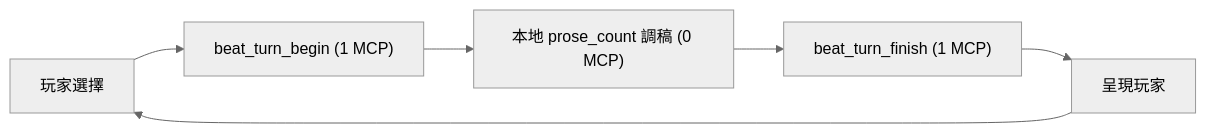
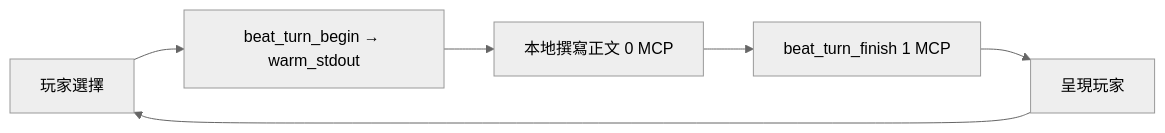
The diagram in application-notes/novel-shenjia-initial-state.md (chouswei/MemNet), drawn with Mermaid (neutral theme) before and after one commit. The commit also changed other lines of this file and 27 other files, not shown here.

First line of the commit message:
feat(novel-mcp): enforce LAW-PIPE20 four-stage beat pipeline (0.2.19)

````diff
--- a/application-notes/novel-shenjia-initial-state.md
+++ b/application-notes/novel-shenjia-initial-state.md
@@ -271,8 +614,8 @@
 ```mermaid
 flowchart LR
-  A[玩家選擇] --> B["beat_turn_begin (1 MCP)"]
-  B --> C["本地 prose_count 調稿 (0 MCP)"]
-  C --> D["beat_turn_finish (1 MCP)"]
+  A[玩家選擇] --> B["beat_turn_begin → warm_stdout"]
+  B --> C["本地撰寫正文 0 MCP"]
+  C --> D["beat_turn_finish 1 MCP"]
   D --> E[呈現玩家]
   E --> A
 ```
````
